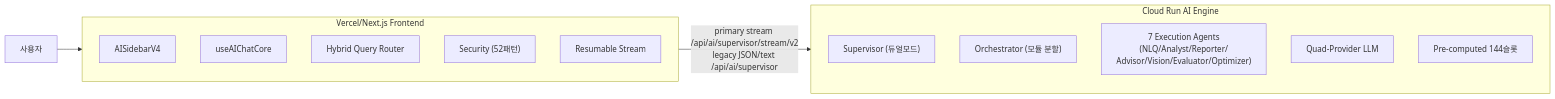
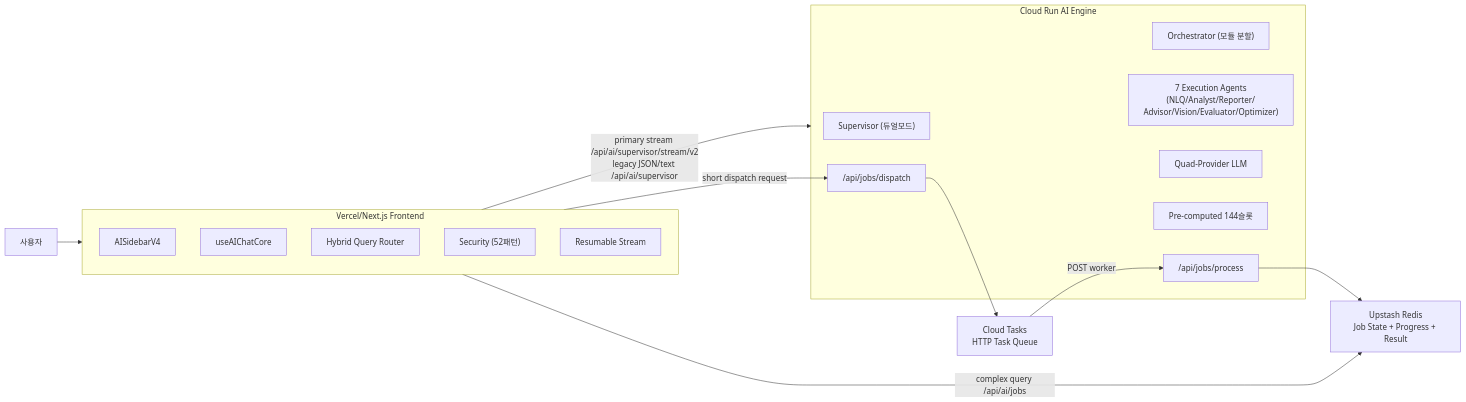
The diagram in docs/reference/architecture/ai/frontend-backend-comparison.md (skyasu2/openmanager-ai), drawn with Mermaid before and after one commit. The commit also changed other lines of this file and 10 other files, not shown here.

Commit message:
docs(architecture): refresh cloud tasks job queue docs

````diff
--- a/docs/reference/architecture/ai/frontend-backend-comparison.md
+++ b/docs/reference/architecture/ai/frontend-backend-comparison.md
@@ -21,22 +21,32 @@
 ```mermaid
 graph LR
     User["사용자"] --> Vercel
 
     subgraph Vercel["Vercel/Next.js Frontend"]
         UI["AISidebarV4"]
         Hook["useAIChatCore"]
         Router["Hybrid Query Router"]
         Security["Security (52패턴)"]
         Stream["Resumable Stream"]
     end
 
     subgraph CloudRun["Cloud Run AI Engine"]
         Supervisor["Supervisor (듀얼모드)"]
         Orchestrator["Orchestrator (모듈 분할)"]
         Agents["7 Execution Agents<br/>(NLQ/Analyst/Reporter/<br/>Advisor/Vision/Evaluator/Optimizer)"]
         Provider["Quad-Provider LLM"]
         PreComp["Pre-computed 144슬롯"]
+        Dispatch["/api/jobs/dispatch"]
+        Process["/api/jobs/process"]
     end
 
+    Redis["Upstash Redis<br/>Job State + Progress + Result"]
+    CloudTasks["Cloud Tasks<br/>HTTP Task Queue"]
+
     Vercel -->|"primary stream /api/ai/supervisor/stream/v2\nlegacy JSON/text /api/ai/supervisor"| CloudRun
+    Vercel -->|"complex query /api/ai/jobs"| Redis
+    Vercel -->|"short dispatch request"| Dispatch
+    Dispatch --> CloudTasks
+    CloudTasks -->|"POST worker"| Process
+    Process --> Redis
 ```
````
